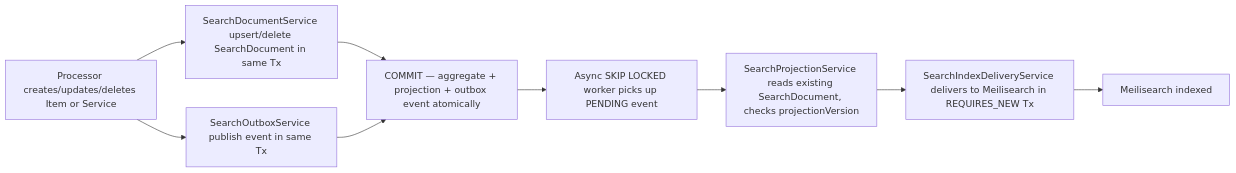
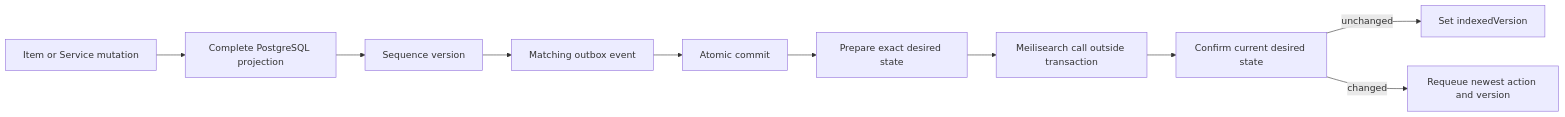
One commit to Siirio/AskBackend changed the first of 2 diagrams in AI_Knowledge/features/search/flow.md. Above: the diagram before and after it, drawn with Mermaid. The commit also changed other lines of this file and 63 other files, not shown here.

````diff
--- a/AI_Knowledge/features/search/flow.md
+++ b/AI_Knowledge/features/search/flow.md
@@ -5,11 +5,12 @@
 ```mermaid
 flowchart LR
-    P[Processor creates/updates/deletes Item or Service] --> SD[SearchDocumentService upsert/delete SearchDocument in same Tx]
-    P --> OE[SearchOutboxService publish event in same Tx]
-    SD --> C[COMMIT — aggregate + projection + outbox event atomically]
-    OE --> C
-    C --> W[Async SKIP LOCKED worker picks up PENDING event]
-    W --> PS[SearchProjectionService reads existing SearchDocument, checks projectionVersion]
-    PS --> ID[SearchIndexDeliveryService delivers to Meilisearch in REQUIRES_NEW Tx]
-    ID --> M[Meilisearch indexed]
+    A[Item or Service mutation] --> P[Complete PostgreSQL projection]
+    P --> V[Sequence version]
+    V --> O[Matching outbox event]
+    O --> C[Atomic commit]
+    C --> R[Prepare exact desired state]
+    R --> M[Meilisearch call outside transaction]
+    M --> F[Confirm current desired state]
+    F -->|unchanged| I[Set indexedVersion]
+    F -->|changed| Q[Requeue newest action and version]
 ```
````
